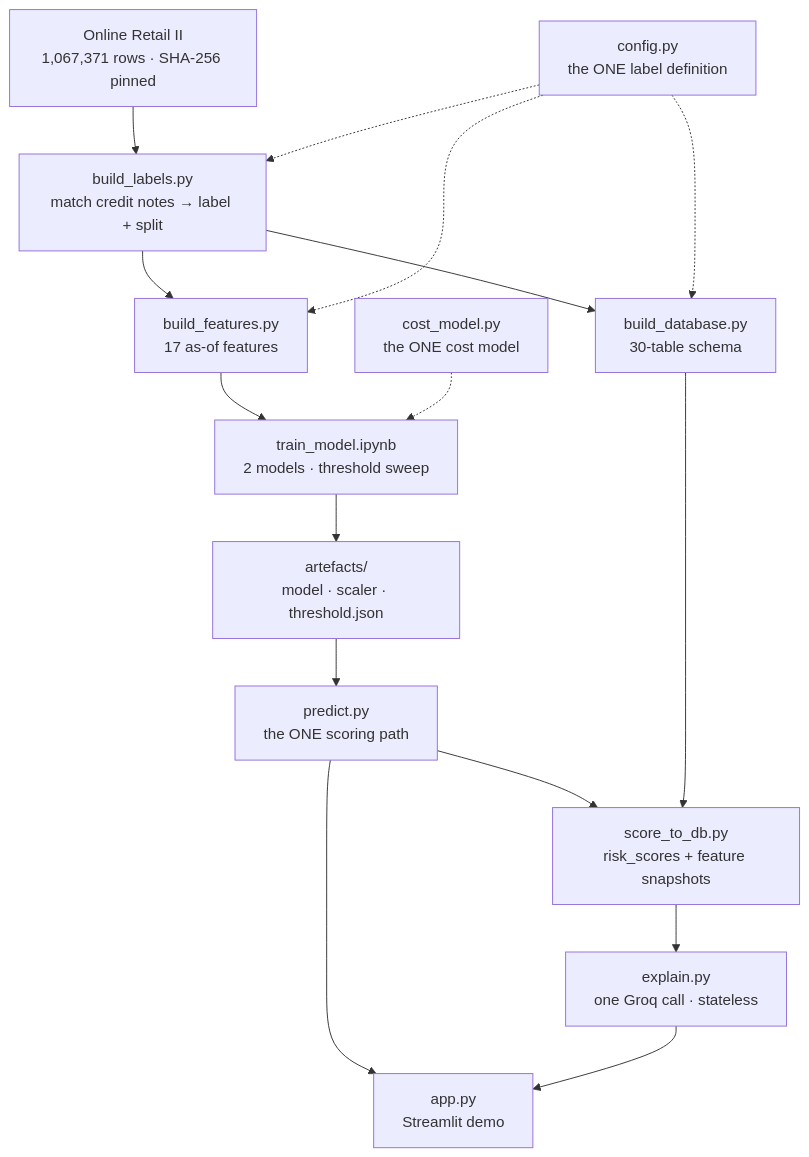
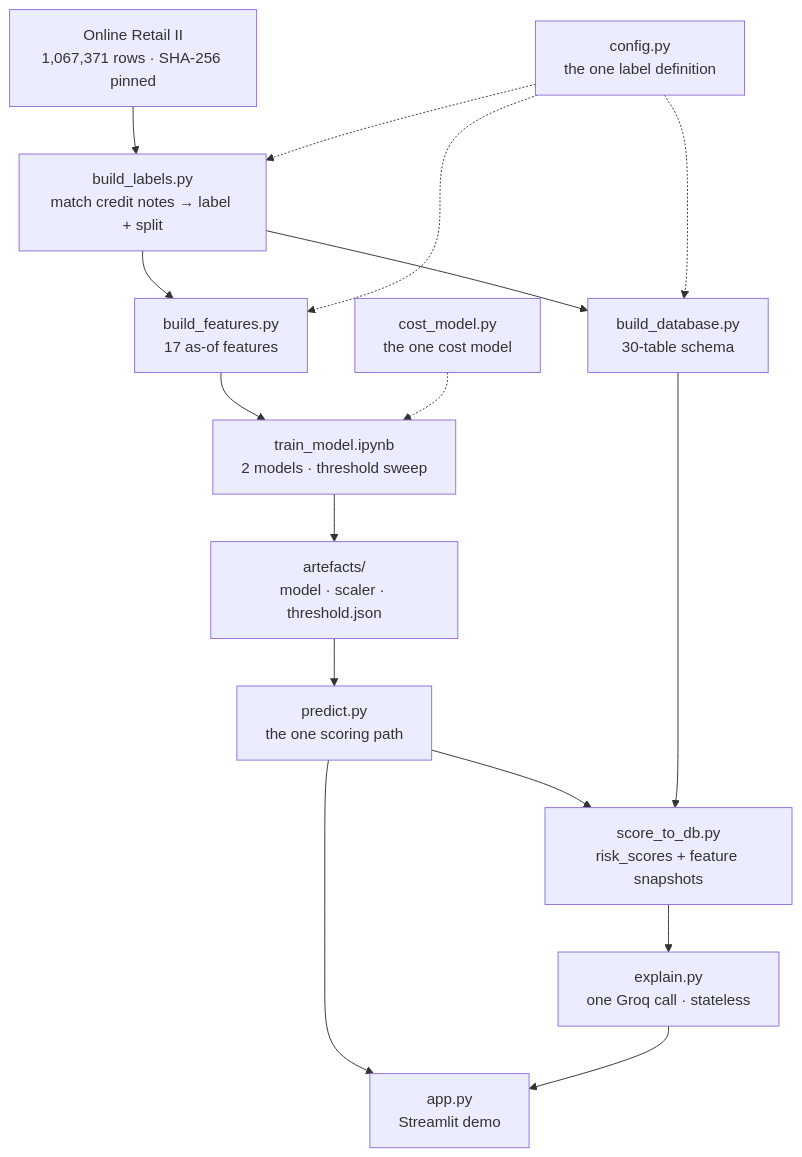
Before and after one commit to Shashank-mourya/AI_risk_management_system: the diagram in README.md, drawn with Mermaid. The commit also changed other lines of this file and 35 other files, not shown here.

````diff
--- a/README.md
+++ b/README.md
@@ -125,18 +109,18 @@
 ```mermaid
 flowchart TD
     A["Online Retail II<br/>1,067,371 rows · SHA-256 pinned"] --> B["build_labels.py<br/>match credit notes → label + split"]
     B --> C["build_features.py<br/>17 as-of features"]
     B --> D["build_database.py<br/>30-table schema"]
     C --> E["train_model.ipynb<br/>2 models · threshold sweep"]
-    F["config.py<br/>the ONE label definition"] -.-> B
+    F["config.py<br/>the one label definition"] -.-> B
     F -.-> C
     F -.-> D
-    G["cost_model.py<br/>the ONE cost model"] -.-> E
+    G["cost_model.py<br/>the one cost model"] -.-> E
     E --> H["artefacts/<br/>model · scaler · threshold.json"]
-    H --> I["predict.py<br/>the ONE scoring path"]
+    H --> I["predict.py<br/>the one scoring path"]
     I --> J["score_to_db.py<br/>risk_scores + feature snapshots"]
     D --> J
     J --> K["explain.py<br/>one Groq call · stateless"]
     I --> L["app.py<br/>Streamlit demo"]
     K --> L
 ```
````
